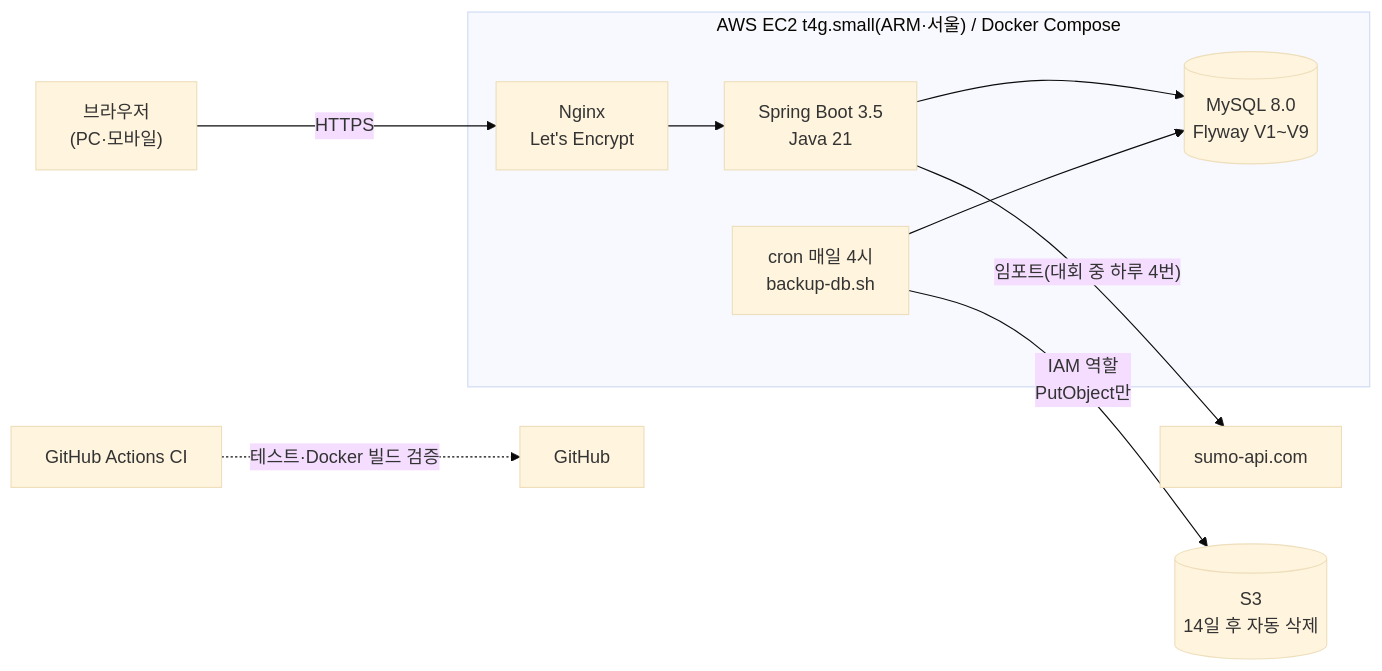
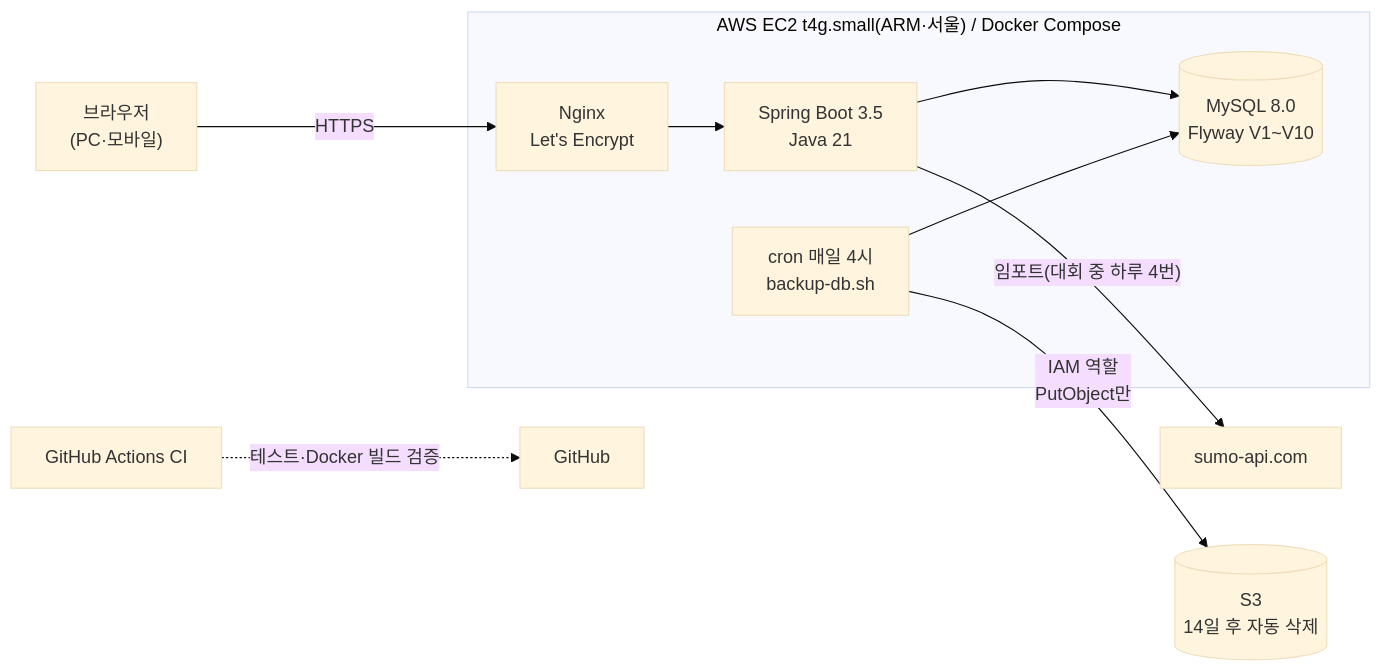
One commit to genuinekumquat/sumoarchive changed the diagram in README.md. Above: the diagram before and after it, drawn with Mermaid (base theme). The commit also changed 6 other files, not shown here.

````diff
--- a/README.md
+++ b/README.md
@@ -74,12 +74,12 @@
 ```mermaid
 flowchart LR
     U["브라우저<br/>(PC·모바일)"] -- "HTTPS" --> N
     subgraph EC2["AWS EC2 t4g.small(ARM·서울) / Docker Compose"]
         N["Nginx<br/>Let's Encrypt"] --> A["Spring Boot 3.5<br/>Java 21"]
-        A --> D[("MySQL 8.0<br/>Flyway V1~V9")]
+        A --> D[("MySQL 8.0<br/>Flyway V1~V10")]
         B["cron 매일 4시<br/>backup-db.sh"] --> D
     end
     A -- "임포트(대회 중 하루 4번)" --> S["sumo-api.com"]
     B -- "IAM 역할<br/>PutObject만" --> S3[("S3<br/>14일 후 자동 삭제")]
     G["GitHub Actions CI"] -. "테스트·Docker 빌드 검증" .-> R["GitHub"]
 ```
````
